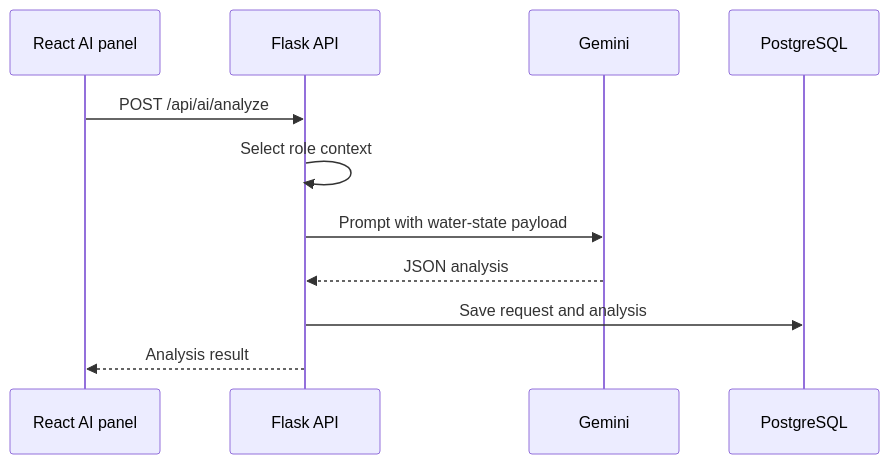
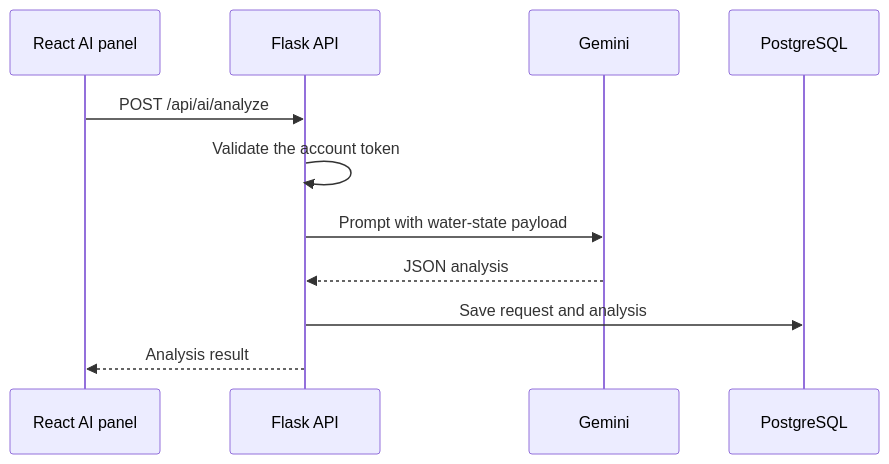
One commit to kabaskill/droplet changed the fourth of 4 diagrams in docs/dataflow.md. Above: the diagram before and after it, drawn with Mermaid. The commit also changed other lines of this file and 40 other files, not shown here.

````diff
--- a/docs/dataflow.md
+++ b/docs/dataflow.md
@@ -167,14 +167,14 @@
 ```mermaid
 sequenceDiagram
   participant UI as React AI panel
   participant API as Flask API
   participant Gemini
   participant DB as PostgreSQL
 
   UI->>API: POST /api/ai/analyze
-  API->>API: Select role context
+  API->>API: Validate the account token
   API->>Gemini: Prompt with water-state payload
   Gemini-->>API: JSON analysis
   API->>DB: Save request and analysis
   API-->>UI: Analysis result
 ```
````
